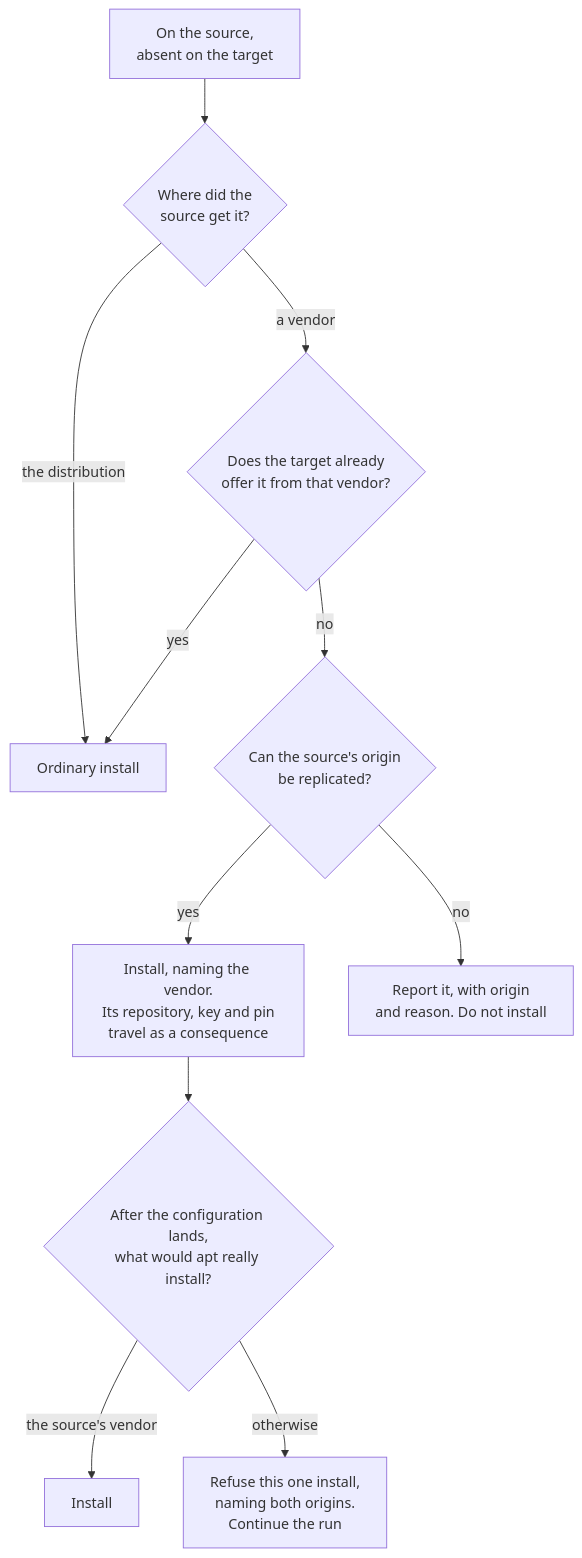
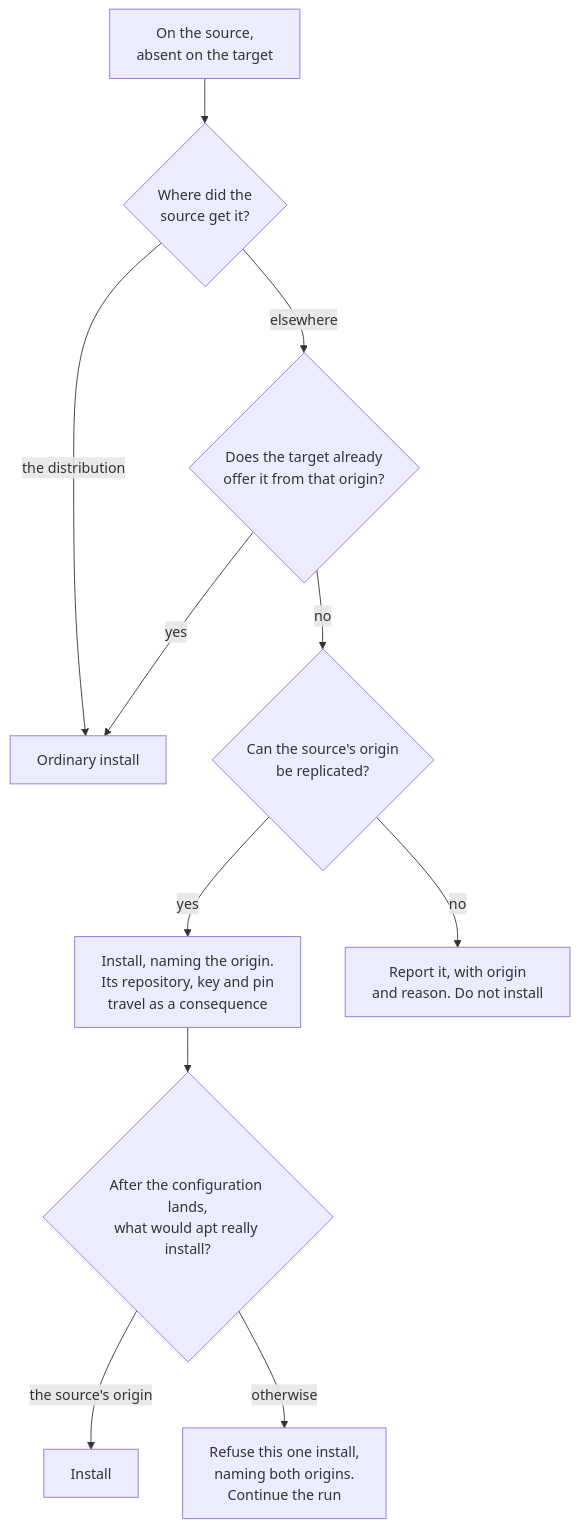
The second of 2 diagrams in docs/planning/package-sync-user-requirements.md (flaksit/pc-switcher), drawn with Mermaid before and after one commit. The commit also changed other lines of this file and 2 other files, not shown here.

````diff
--- a/docs/planning/package-sync-user-requirements.md
+++ b/docs/planning/package-sync-user-requirements.md
@@ -149,13 +145,13 @@
 ```mermaid
 flowchart TD
     A["On the source,<br/>absent on the target"] --> B{"Where did the<br/>source get it?"}
     B -->|"the distribution"| C["Ordinary install"]
-    B -->|"a vendor"| D{"Does the target already<br/>offer it from that vendor?"}
+    B -->|"elsewhere"| D{"Does the target already<br/>offer it from that origin?"}
     D -->|yes| C
     D -->|no| E{"Can the source's origin<br/>be replicated?"}
-    E -->|yes| F["Install, naming the vendor.<br/>Its repository, key and pin<br/>travel as a consequence"]
+    E -->|yes| F["Install, naming the origin.<br/>Its repository, key and pin<br/>travel as a consequence"]
     E -->|no| G["Report it, with origin<br/>and reason. Do not install"]
     F --> H{"After the configuration lands,<br/>what would apt really install?"}
-    H -->|"the source's vendor"| I["Install"]
+    H -->|"the source's origin"| I["Install"]
     H -->|otherwise| J["Refuse this one install,<br/>naming both origins.<br/>Continue the run"]
 ```
````
